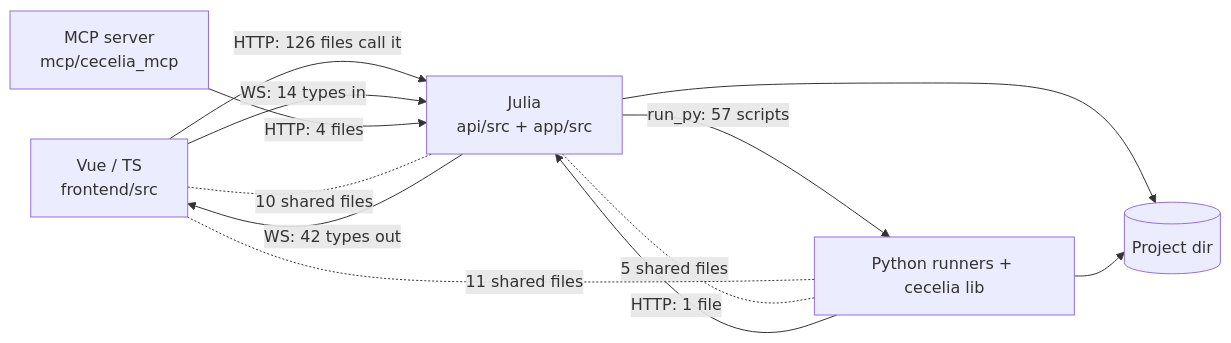
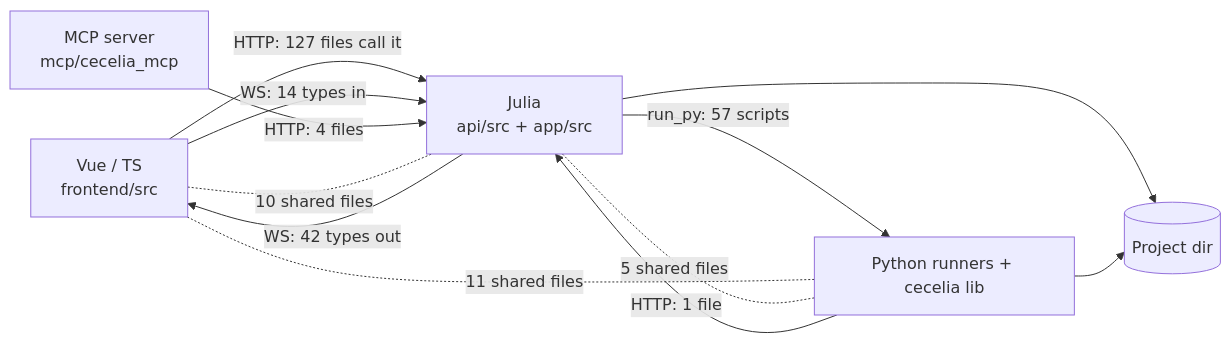
Before and after one commit to schienstockd/cecelia: the diagram in docs/architecture/boundaries.md, drawn with Mermaid. The commit also changed other lines of this file and 78 other files, not shown here.

````diff
--- a/docs/architecture/boundaries.md
+++ b/docs/architecture/boundaries.md
@@ -11,19 +11,19 @@
 ```mermaid
 flowchart LR
   vue["Vue / TS<br/>frontend/src"]
   jl["Julia<br/>api/src + app/src"]
   py["Python runners + cecelia lib"]
   mcp["MCP server<br/>mcp/cecelia_mcp"]
   disk[("Project dir")]
-  vue -->|"HTTP: 126 files call it"| jl
+  vue -->|"HTTP: 127 files call it"| jl
   vue -->|"WS: 14 types in"| jl
   jl -->|"WS: 42 types out"| vue
   jl -->|"run_py: 57 scripts"| py
   mcp -->|"HTTP: 4 files"| jl
   py -->|"HTTP: 1 file"| jl
   vue -.-|"11 shared files"| py
   jl -.-|"5 shared files"| py
   vue -.-|"10 shared files"| jl
   jl --> disk
   py --> disk
 ```
````
